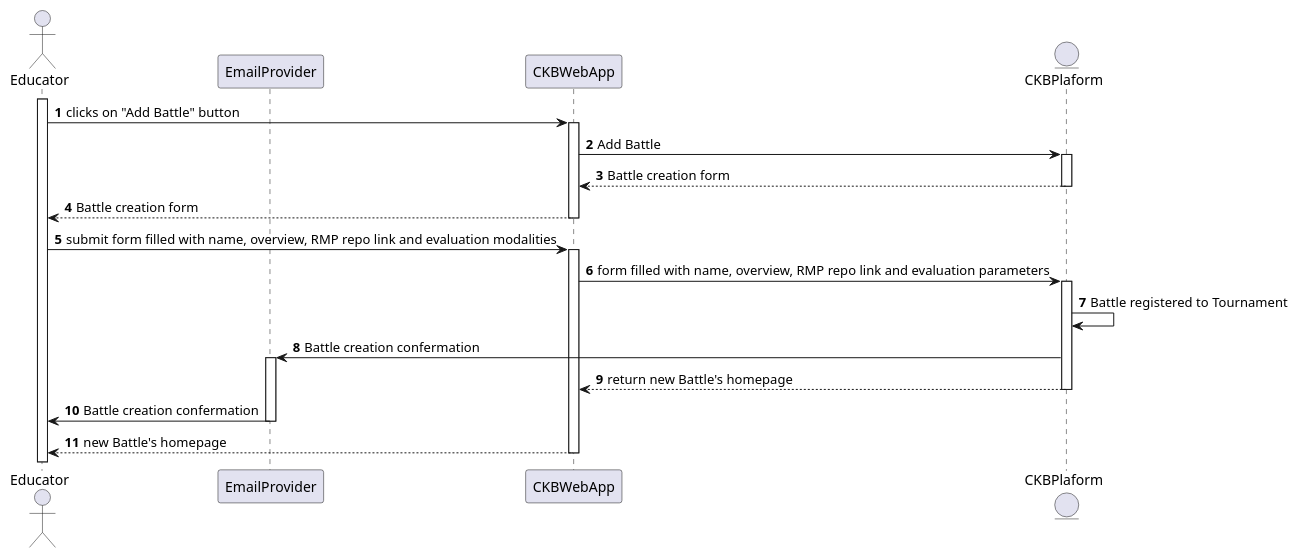
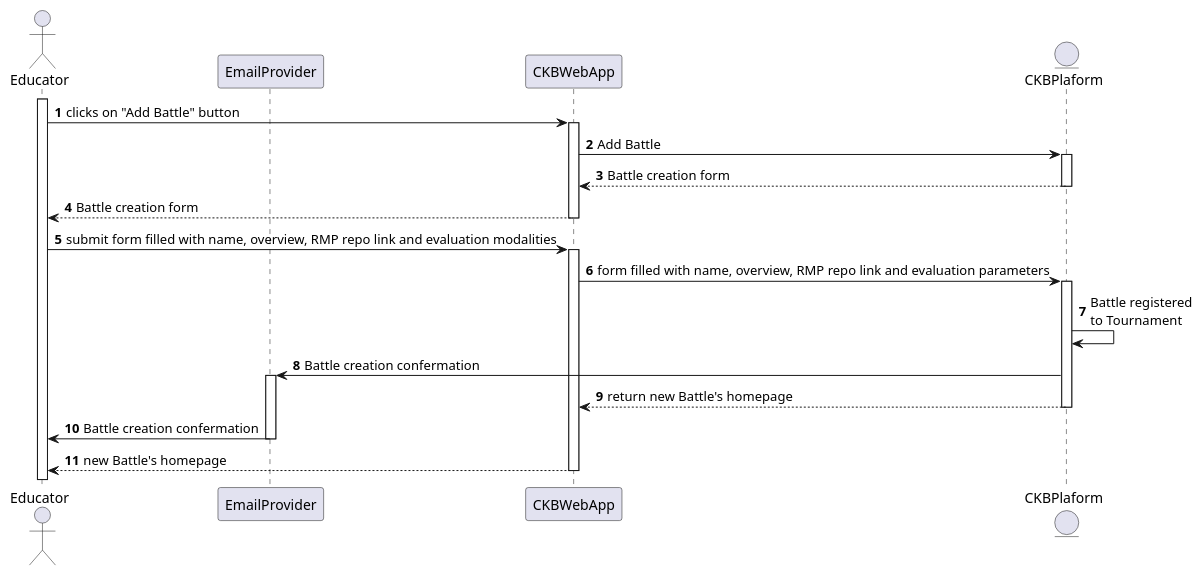
Before and after one commit to Angelo7672/SE2_Requirement-and-Design-Document: the diagram in _RASD/Images/UML/sequenceDiagram/sequenceDiagramUC6.wsd, drawn with PlantUML. The commit also changed 10 other files, not shown here.

```diff
--- a/_RASD/Images/UML/sequenceDiagram/sequenceDiagramUC6.wsd
+++ b/_RASD/Images/UML/sequenceDiagram/sequenceDiagramUC6.wsd
@@ -1,33 +1,33 @@
 @startuml
 
 autonumber
 
 actor Educator
 participant EmailProvider as Email
 participant CKBWebApp as App
 entity CKBPlaform as Platform
 
 activate Educator
 Educator -> App: clicks on "Add Battle" button
 activate App
 App -> Platform: Add Battle
 activate Platform
 Platform --> App: Battle creation form
 deactivate Platform
 App --> Educator: Battle creation form
 deactivate App
 Educator -> App: submit form filled with name, overview, RMP repo link and evaluation modalities
 activate App
 App -> Platform: form filled with name, overview, RMP repo link and evaluation parameters
 activate Platform
-Platform -> Platform: Battle registered to Tournament
+Platform -> Platform: Battle registered \nto Tournament
 Platform -> Email: Battle creation confermation
 activate Email
 Platform --> App: return new Battle's homepage
 deactivate Platform
 Email -> Educator: Battle creation confermation
 deactivate Email
 App --> Educator: new Battle's homepage
 deactivate App
 
 @enduml
```
